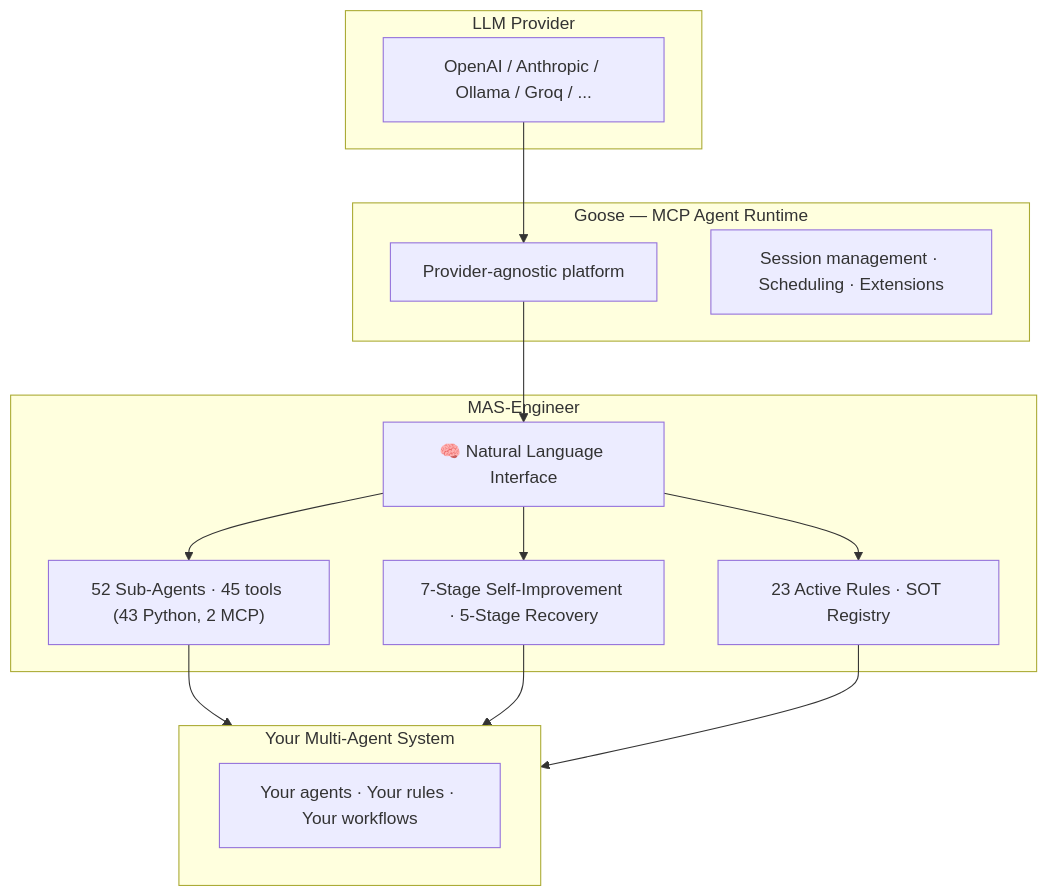
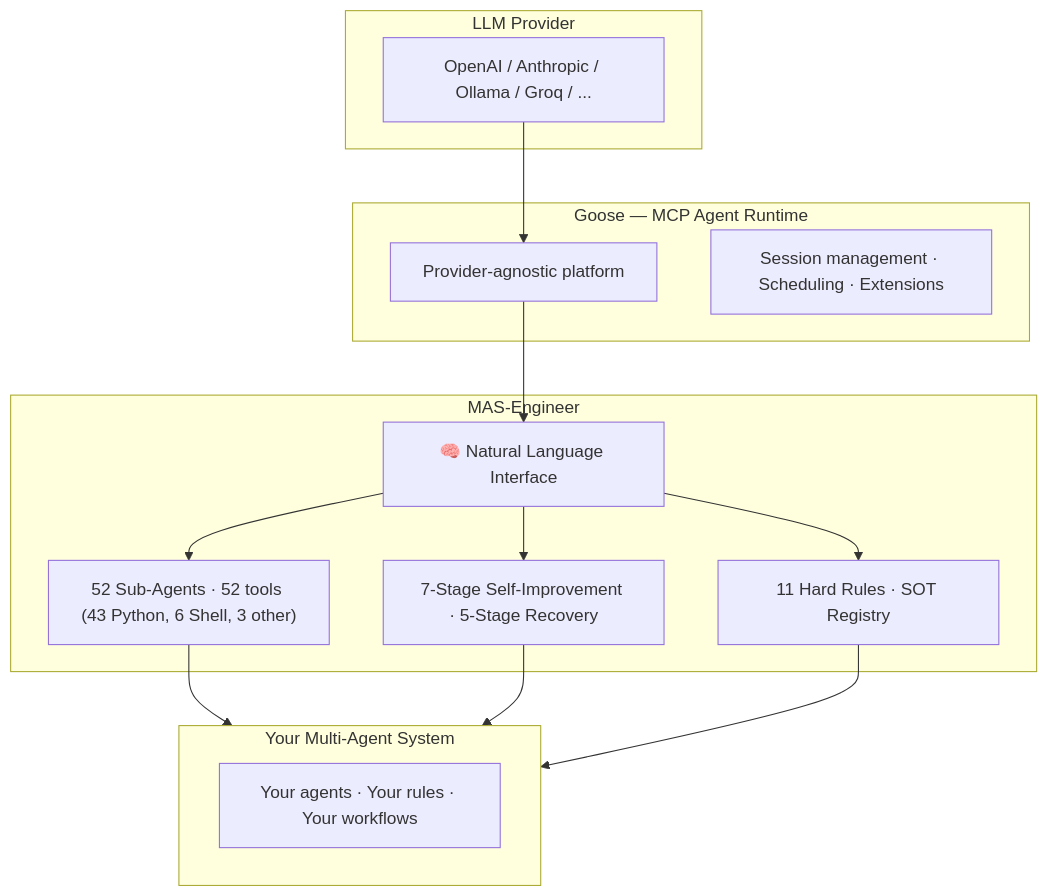
One commit to mczardybon/mas-engineer changed the third of 6 diagrams in README.md. Above: the diagram before and after it, drawn with Mermaid. The commit also changed other lines of this file and 3 other files, not shown here.

First line of the commit message:
[DOCS] fix diagrams + remaining stale counts across all docs

````diff
--- a/README.md
+++ b/README.md
@@ -270,22 +270,22 @@
 ```mermaid
 flowchart TB
     subgraph LLM["LLM Provider"]
         L1["OpenAI / Anthropic / Ollama / Groq / ..."]
     end
     subgraph GOOSE["Goose — MCP Agent Runtime"]
         G1["Provider-agnostic platform"]
         G2["Session management · Scheduling · Extensions"]
     end
     subgraph ENGINEER["MAS-Engineer"]
         E1["🧠 Natural Language Interface"]
-        E2["52 Sub-Agents · 45 tools (43 Python, 2 MCP)"]
+        E2["52 Sub-Agents · 52 tools (43 Python, 6 Shell, 3 other)"]
         E3["7-Stage Self-Improvement · 5-Stage Recovery"]
-        E4["23 Active Rules · SOT Registry"]
+        E4["11 Hard Rules · SOT Registry"]
     end
     subgraph SYSTEM["Your Multi-Agent System"]
         S1["Your agents · Your rules · Your workflows"]
     end
     L1 --> G1 --> E1
     E1 --> E2 & E3 & E4
     E2 & E3 & E4 --> SYSTEM
 ```
````
